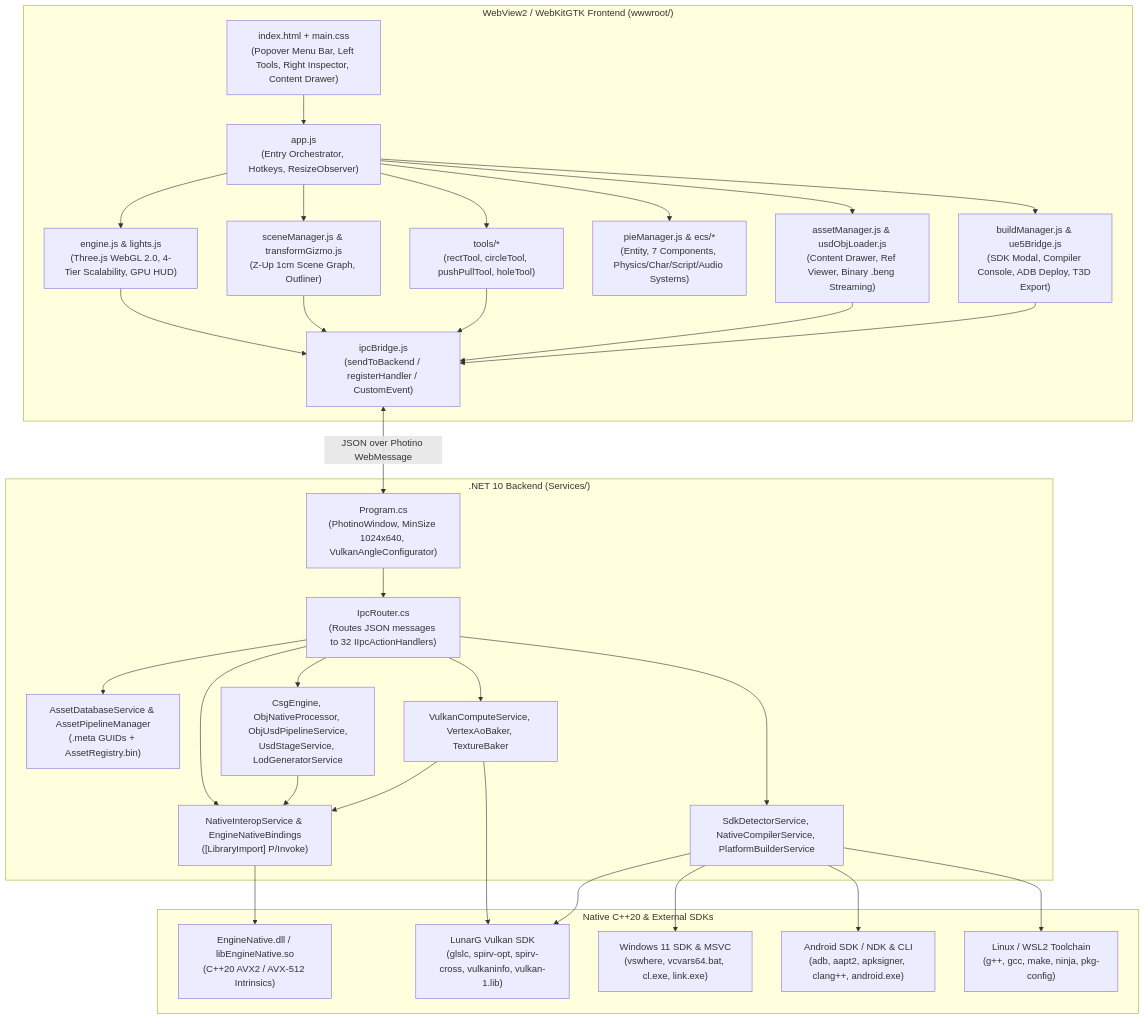
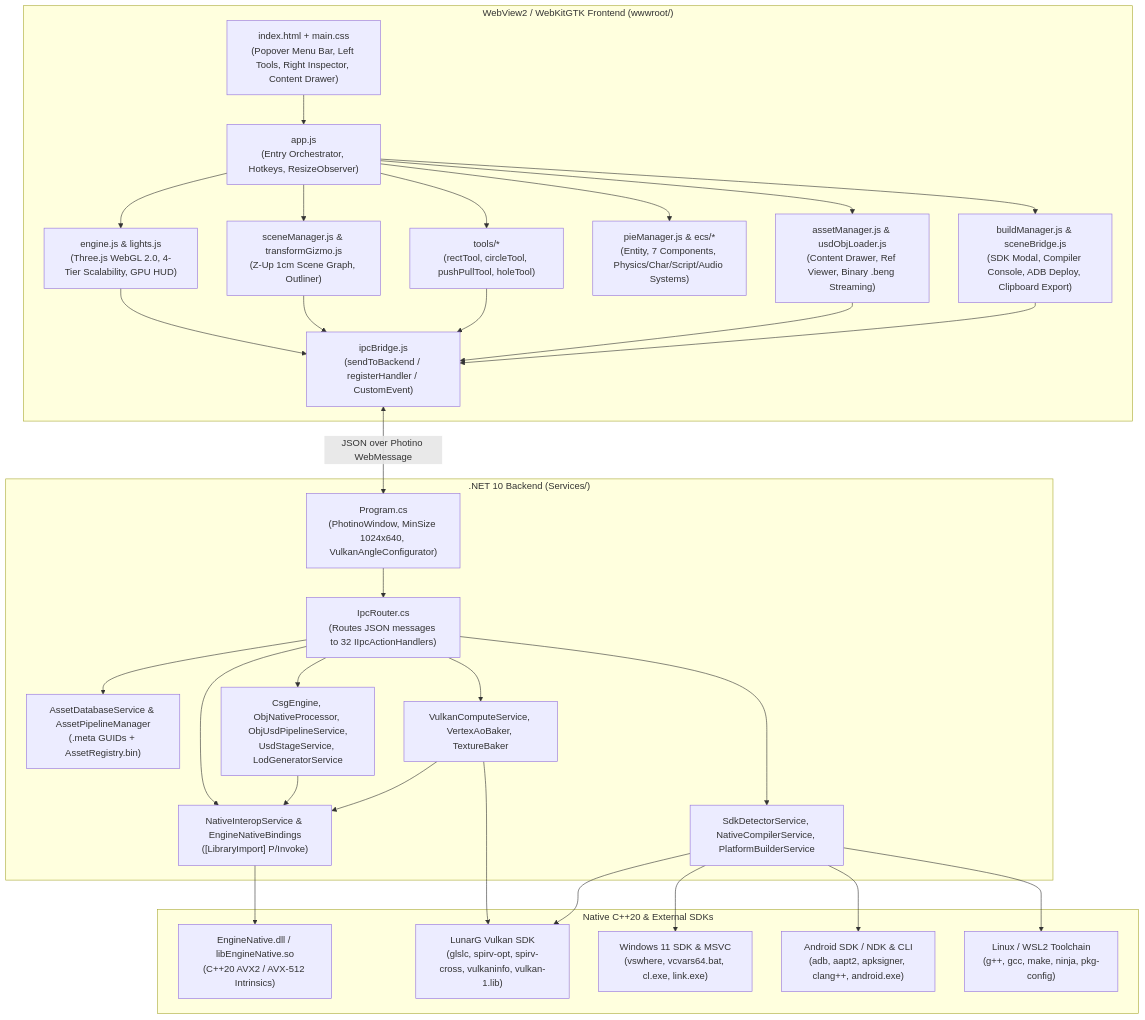
Before and after one commit to estape/Blockout_Studio: the diagram in docs/TECHNICAL_REFERENCE.md, drawn with Mermaid. The commit also changed other lines of this file and 90 other files, not shown here.

````diff
--- a/docs/TECHNICAL_REFERENCE.md
+++ b/docs/TECHNICAL_REFERENCE.md
@@ -27,43 +27,43 @@
 ```mermaid
 flowchart TD
     subgraph Frontend ["WebView2 / WebKitGTK Frontend (wwwroot/)"]
         UI["index.html + main.css<br/>(Popover Menu Bar, Left Tools, Right Inspector, Content Drawer)"]
         AppJS["app.js<br/>(Entry Orchestrator, Hotkeys, ResizeObserver)"]
         EngineJS["engine.js & lights.js<br/>(Three.js WebGL 2.0, 4-Tier Scalability, GPU HUD)"]
         SceneJS["sceneManager.js & transformGizmo.js<br/>(Z-Up 1cm Scene Graph, Outliner)"]
         ToolsJS["tools/*<br/>(rectTool, circleTool, pushPullTool, holeTool)"]
         EcsJS["pieManager.js & ecs/*<br/>(Entity, 7 Components, Physics/Char/Script/Audio Systems)"]
         AssetJS["assetManager.js & usdObjLoader.js<br/>(Content Drawer, Ref Viewer, Binary .beng Streaming)"]
-        BuildJS["buildManager.js & ue5Bridge.js<br/>(SDK Modal, Compiler Console, ADB Deploy, T3D Export)"]
+        BuildJS["buildManager.js & sceneBridge.js<br/>(SDK Modal, Compiler Console, ADB Deploy, Clipboard Export)"]
         IpcJS["ipcBridge.js<br/>(sendToBackend / registerHandler / CustomEvent)"]
     end
 
     subgraph Backend [".NET 10 Backend (Services/)"]
         Photino["Program.cs<br/>(PhotinoWindow, MinSize 1024x640, VulkanAngleConfigurator)"]
         Router["IpcRouter.cs<br/>(Routes JSON messages to 32 IIpcActionHandlers)"]
         AssetSvc["AssetDatabaseService & AssetPipelineManager<br/>(.meta GUIDs + AssetRegistry.bin)"]
         GeoSvc["CsgEngine, ObjNativeProcessor, ObjUsdPipelineService,<br/>UsdStageService, LodGeneratorService"]
         GfxSvc["VulkanComputeService, VertexAoBaker, TextureBaker"]
         BuildSvc["SdkDetectorService, NativeCompilerService, PlatformBuilderService"]
         InteropSvc["NativeInteropService & EngineNativeBindings<br/>([LibraryImport] P/Invoke)"]
     end
 
     subgraph NativeAndSdks ["Native C++20 & External SDKs"]
         CppDll["EngineNative.dll / libEngineNative.so<br/>(C++20 AVX2 / AVX-512 Intrinsics)"]
         VulkanSdk["LunarG Vulkan SDK<br/>(glslc, spirv-opt, spirv-cross, vulkaninfo, vulkan-1.lib)"]
         MsvcSdk["Windows 11 SDK & MSVC<br/>(vswhere, vcvars64.bat, cl.exe, link.exe)"]
         AndroidSdk["Android SDK / NDK & CLI<br/>(adb, aapt2, apksigner, clang++, android.exe)"]
         LinuxSdk["Linux / WSL2 Toolchain<br/>(g++, gcc, make, ninja, pkg-config)"]
     end
 
     UI --> AppJS
     AppJS --> EngineJS & SceneJS & ToolsJS & EcsJS & AssetJS & BuildJS
     EngineJS & SceneJS & ToolsJS & AssetJS & BuildJS --> IpcJS
     IpcJS <-->|"JSON over Photino WebMessage"| Photino
     Photino --> Router
     Router --> AssetSvc & GeoSvc & GfxSvc & BuildSvc & InteropSvc
     GeoSvc & GfxSvc --> InteropSvc
     InteropSvc --> CppDll
     GfxSvc & BuildSvc --> VulkanSdk
     BuildSvc --> MsvcSdk & AndroidSdk & LinuxSdk
 ```
````
